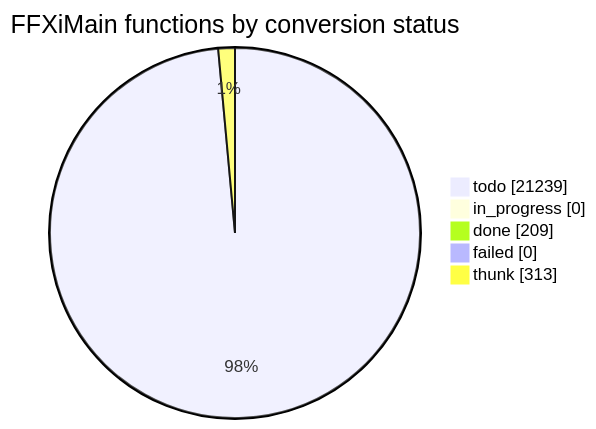
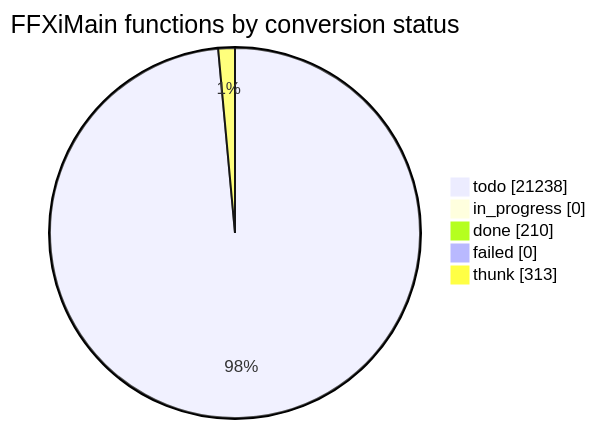
One commit to cowrevenge/cow_kuluu_xi_anything changed the diagram in docs/cow/STATUS.md. Above: the diagram before and after it, drawn with Mermaid. The commit also changed other lines of this file and 9 other files, not shown here.

````diff
--- a/docs/cow/STATUS.md
+++ b/docs/cow/STATUS.md
@@ -18,9 +18,9 @@
 ```mermaid
 pie showData
     title FFXiMain functions by conversion status
-    "todo" : 21239
+    "todo" : 21238
     "in_progress" : 0
-    "done" : 209
+    "done" : 210
     "failed" : 0
     "thunk" : 313
 ```
````
